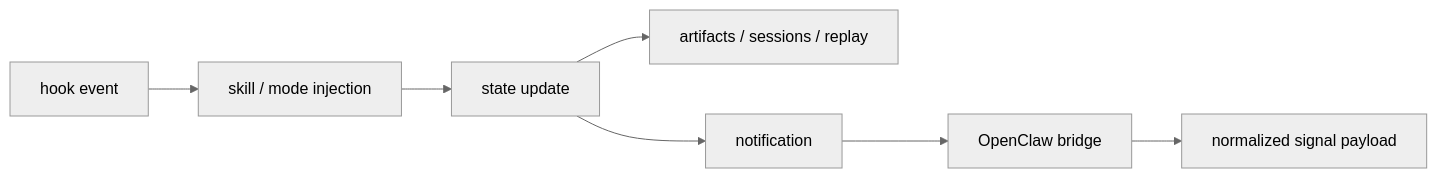
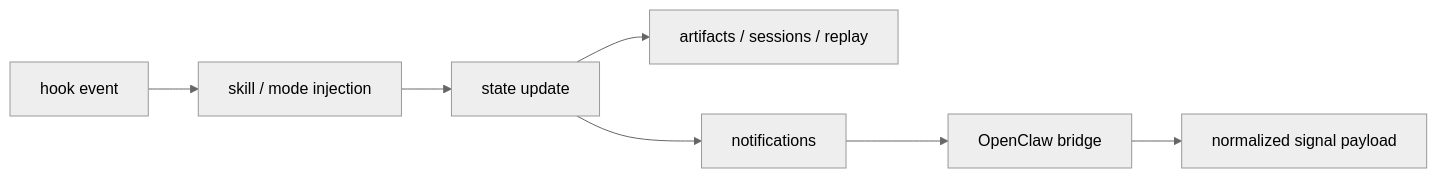
One commit to terry3838/oh-my-claudecode-guide changed the diagram in obsidian/oh-my-claudecode Guide/Concepts/Hooks and State.md. Above: the diagram before and after it, drawn with Mermaid (neutral theme). The commit also changed other lines of this file and 6 other files, not shown here.

Commit message:
docs: strengthen omc snapshot and obsidian note graph

````diff
--- a/obsidian/oh-my-claudecode Guide/Concepts/Hooks and State.md
+++ b/obsidian/oh-my-claudecode Guide/Concepts/Hooks and State.md
@@ -22,9 +47,9 @@
 ```mermaid
 flowchart LR
     A[hook event] --> B[skill / mode injection]
     B --> C[state update]
     C --> D[artifacts / sessions / replay]
-    C --> E[notification]
+    C --> E[notifications]
     E --> F[OpenClaw bridge]
     F --> G[normalized signal payload]
 ```
````
